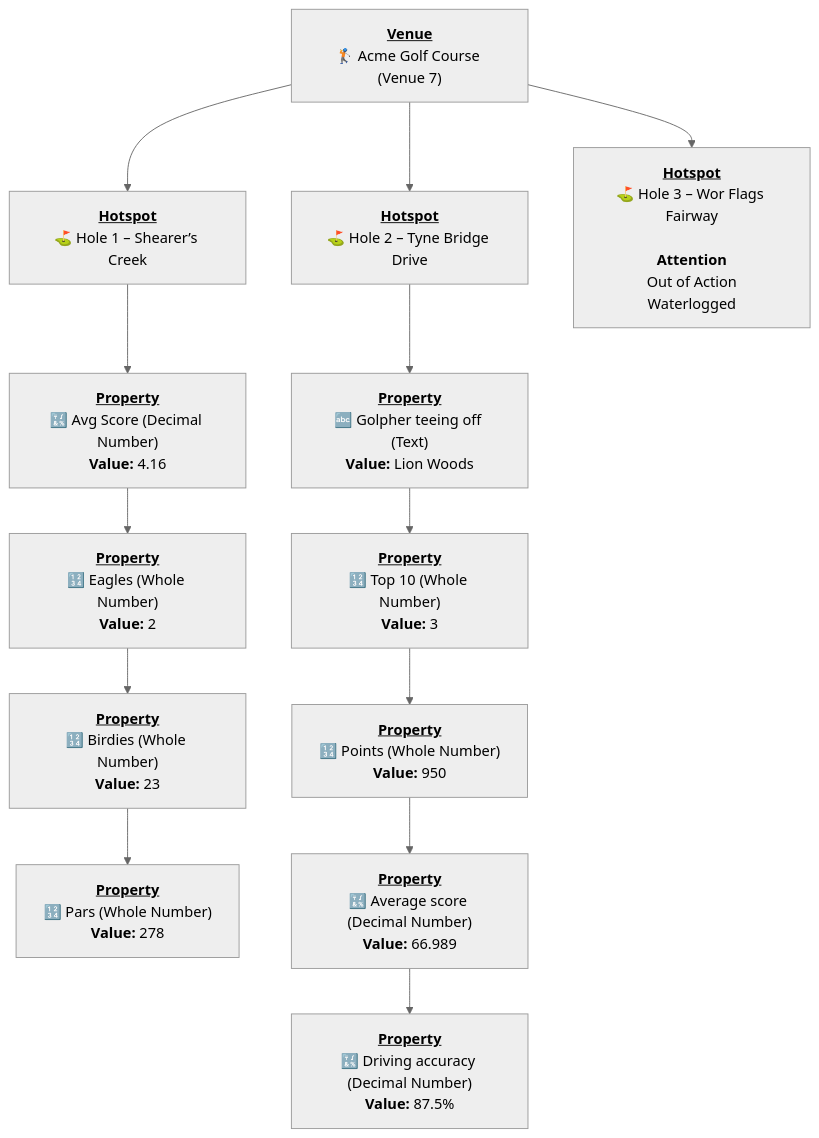
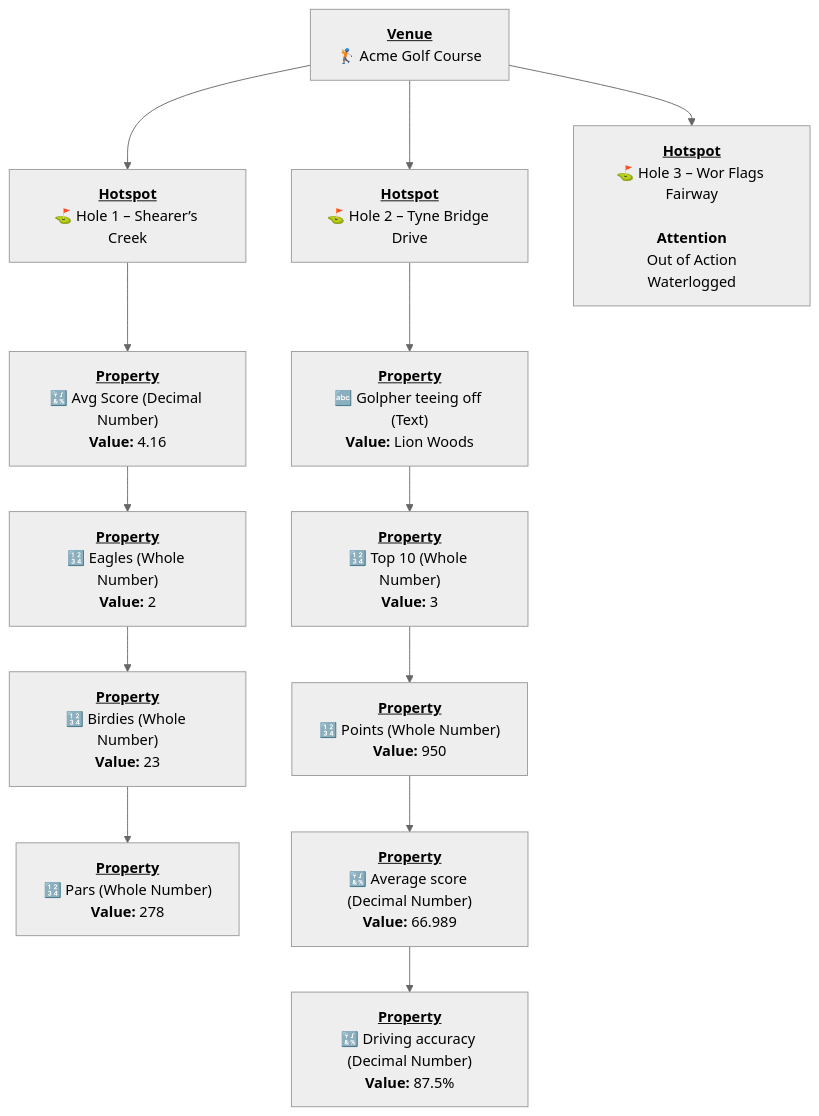
One commit to GeoARit/.github changed the second of 4 diagrams in profile/README.md. Above: the diagram before and after it, drawn with Mermaid (neutral theme).

Commit message:
Update venue name in README

````diff
--- a/profile/README.md
+++ b/profile/README.md
@@ -95,51 +95,51 @@
 ```mermaid
 flowchart TD
 
 %% ========================
 %% VENUE
 %% ========================
-VENUE["<u><b>Venue</b></u><br/>🏌️ Acme Golf Course (Venue 7)"]
+VENUE["<u><b>Venue</b></u><br/>🏌️ Acme Golf Course"]
 click VENUE "https://geoar.it/help#category-Venue-Properties" _blank
 
 %% ========================
 %% HOLE HOTSPOTS (1, 2, 3)
 %% ========================
 
 HS1["<u><b>Hotspot</b></u><br/>⛳ Hole 1 – Shearer’s Creek"]
 click HS1 "https://geoar.it/help#category-Hotspot-Properties" _blank
 
 HS2["<u><b>Hotspot</b></u><br/>⛳ Hole 2 – Tyne Bridge Drive"]
 click HS2 "https://geoar.it/help#category-Hotspot-Properties" _blank
 
 %% ---- UPDATED HOLE 3 ----
 HS3["<u><b>Hotspot</b></u><br/>⛳ Hole 3 – Wor Flags Fairway<br/><br/><b>Attention</b><br/>Out of Action<br/>Waterlogged"]
 click HS3 "https://geoar.it/help#category-Hotspot-Properties" _blank
 
 VENUE --> HS1
 VENUE --> HS2
 VENUE --> HS3
 
 %% ========================
 %% PROPERTIES FOR EACH HOLE
 %% ========================
 
 %% ----- HOLE 1 Properties -----
 HS1_P1["<u><b>Property</b></u><br/>🔣 Avg Score (Decimal Number)<br/><b>Value:</b> 4.16"]
 HS1_P2["<u><b>Property</b></u><br/>🔢 Eagles (Whole Number)<br/><b>Value:</b> 2"]
 HS1_P3["<u><b>Property</b></u><br/>🔢 Birdies (Whole Number)<br/><b>Value:</b> 23"]
 HS1_P4["<u><b>Property</b></u><br/>🔢 Pars (Whole Number)<br/><b>Value:</b> 278"]
 
 HS1 --> HS1_P1 --> HS1_P2 --> HS1_P3 --> HS1_P4
 
 %% ----- HOLE 2 Properties -----
 HS2_P1["<u><b>Property</b></u><br/>🔤 Golpher teeing off (Text)<br/><b>Value:</b> Lion Woods"]
 HS2_P2["<u><b>Property</b></u><br/>🔢 Top 10 (Whole Number)<br/><b>Value:</b> 3"]
 HS2_P3["<u><b>Property</b></u><br/>🔢 Points (Whole Number)<br/><b>Value:</b> 950"]
 HS2_P4["<u><b>Property</b></u><br/>🔣 Average score (Decimal Number)<br/><b>Value:</b> 66.989"]
 HS2_P5["<u><b>Property</b></u><br/>🔣 Driving accuracy (Decimal Number)<br/><b>Value:</b> 87.5%"]
 
 HS2 --> HS2_P1 --> HS2_P2 --> HS2_P3 --> HS2_P4 --> HS2_P5
 
 %% Hole 3 has no individual property boxes – text is embedded inside HS3.
 
 ```
````
